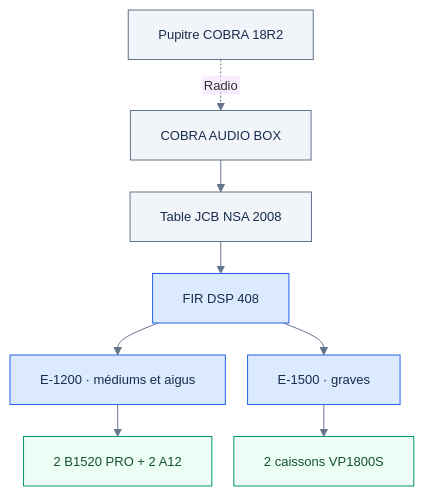
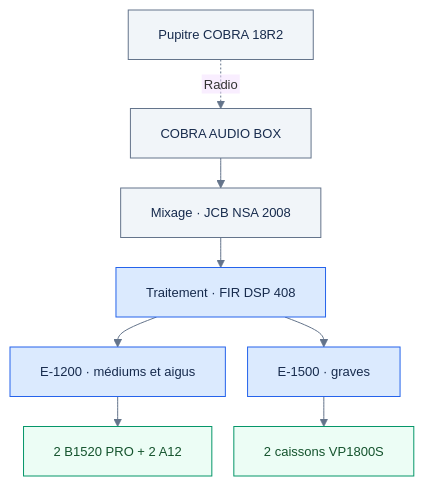
The first of 3 diagrams in README.md (HAZIT-FR/PGE-SONO), drawn with Mermaid before and after one commit. The commit also changed other lines of this file, not shown here.

```diff
--- a/README.md
+++ b/README.md
@@ -90,22 +86,22 @@
 ~~~mermaid
-%%{init: {"flowchart": {"nodeSpacing": 22, "rankSpacing": 32, "htmlLabels": false}, "theme": "base", "themeVariables": {"fontSize": "13px", "lineColor": "#64748b"}}}%%
+%%{init: {"flowchart": {"nodeSpacing": 22, "rankSpacing": 30, "htmlLabels": false}, "theme": "base", "themeVariables": {"fontSize": "13px", "lineColor": "#64748b"}}}%%
 flowchart TB
   A["Pupitre COBRA 18R2"]
   B["COBRA AUDIO BOX"]
-  C["Table JCB NSA 2008"]
-  D["FIR DSP 408"]
+  C["Mixage · JCB NSA 2008"]
+  D["Traitement · FIR DSP 408"]
   E["E-1200 · médiums et aigus"]
   F["E-1500 · graves"]
   G["2 B1520 PRO + 2 A12"]
   H["2 caissons VP1800S"]
   A -. "Radio" .-> B
   B --> C --> D
   D --> E --> G
   D --> F --> H
   classDef source fill:#f1f5f9,stroke:#64748b,color:#172b4d;
-  classDef processing fill:#dbeafe,stroke:#2563eb,color:#172b4d;
-  classDef output fill:#ecfdf5,stroke:#059669,color:#14532d;
+  classDef amp fill:#dbeafe,stroke:#2563eb,color:#172b4d;
+  classDef speaker fill:#ecfdf5,stroke:#059669,color:#14532d;
   class A,B,C source;
-  class D,E,F processing;
-  class G,H output;
+  class D,E,F amp;
+  class G,H speaker;
 ~~~
```
